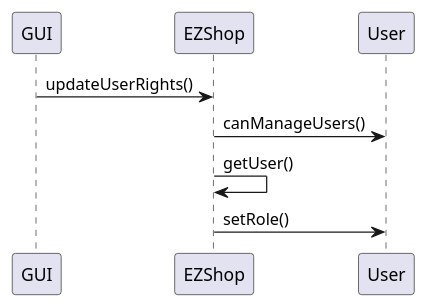
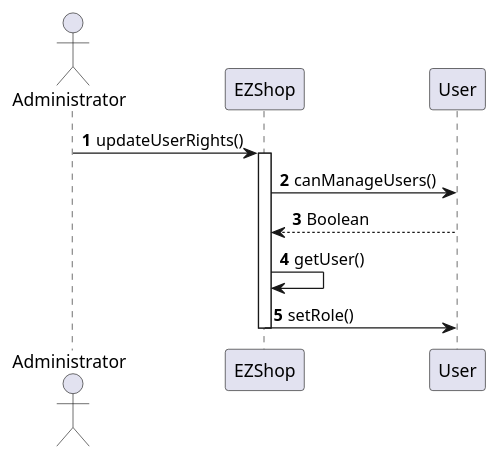
The eighth of 20 diagrams in Deliverables/DesignDocument.md (gioele-scaletta/EZShop-Software-Engineering-Project), drawn with PlantUML before and after one commit. The commit also changed other lines of this file, not shown here.

Commit message:
Updated Diagrams For Scenarios UC1,2,3

````diff
--- a/Deliverables/DesignDocument.md
+++ b/Deliverables/DesignDocument.md
@@ -335,10 +340,12 @@
 ```plantuml
-participant GUI as 1
-participant EZShop as 2
-participant User as 3
+actor "Administrator" as user
+autonumber
 
-1->2 : updateUserRights()
-2->3 : canManageUsers()
-2->2 : getUser()
-2->3 : setRole()
+user->EZShop : updateUserRights()
+activate EZShop
+EZShop->User : canManageUsers()
+User --> EZShop : Boolean
+EZShop->EZShop : getUser()
+EZShop->User : setRole()
+deactivate EZShop
 ```
````
